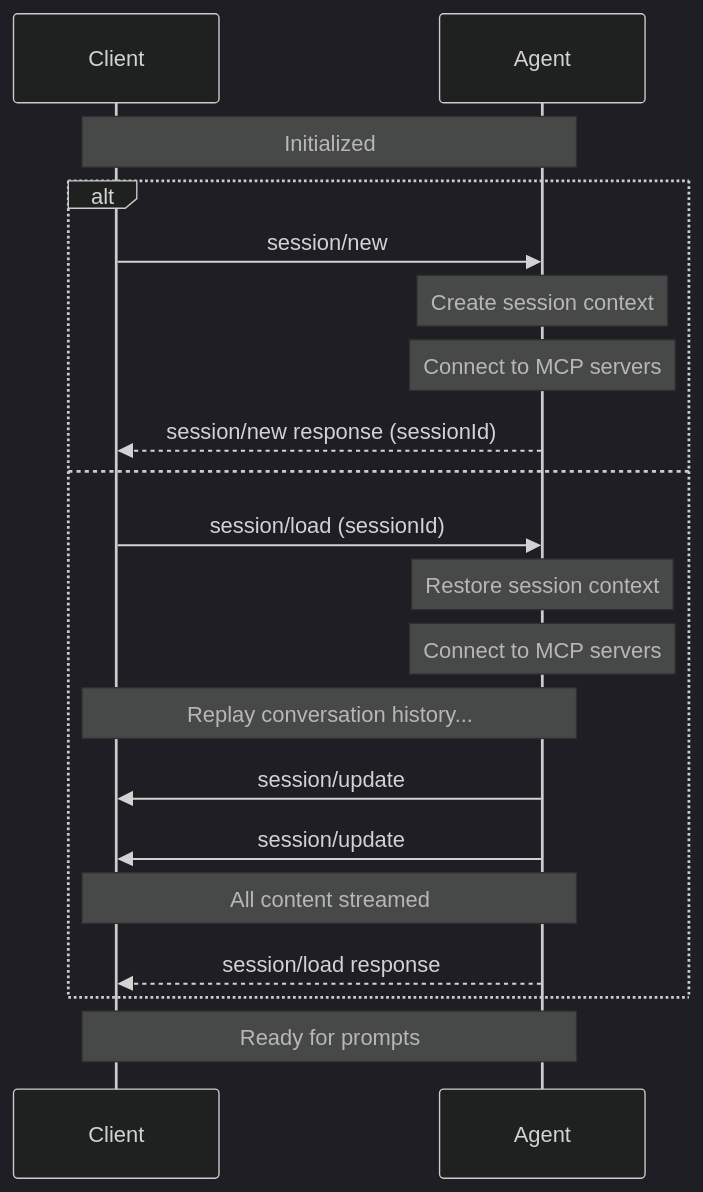
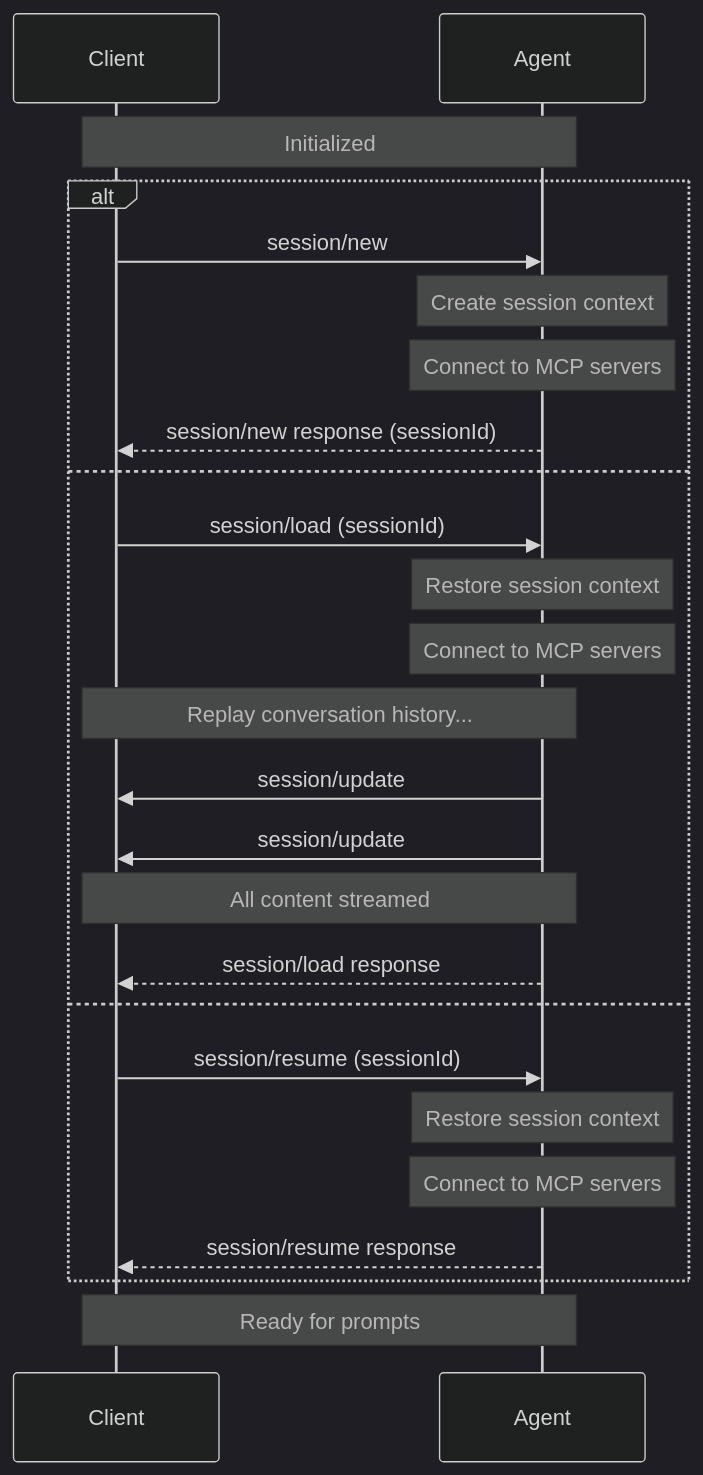
The diagram in docs/protocol/draft/session-setup.mdx (dayanruben/agent-client-protocol), drawn with Mermaid (dark theme) before and after one commit. The commit also changed other lines of this file and 6 other files, not shown here.

First line of the commit message:
docs(rfd): Move session/resume to Preview (#969)

````diff
--- a/docs/protocol/draft/session-setup.mdx
+++ b/docs/protocol/draft/session-setup.mdx
@@ -12,25 +12,30 @@
 ```mermaid
 sequenceDiagram
     participant Client
     participant Agent
 
     Note over Agent,Client: Initialized
 
     alt
         Client->>Agent: session/new
         Note over Agent: Create session context
         Note over Agent: Connect to MCP servers
         Agent-->>Client: session/new response (sessionId)
     else
         Client->>Agent: session/load (sessionId)
         Note over Agent: Restore session context
         Note over Agent: Connect to MCP servers
         Note over Agent,Client: Replay conversation history...
         Agent->>Client: session/update
         Agent->>Client: session/update
         Note over Agent,Client: All content streamed
         Agent-->>Client: session/load response
+    else
+        Client->>Agent: session/resume (sessionId)
+        Note over Agent: Restore session context
+        Note over Agent: Connect to MCP servers
+        Agent-->>Client: session/resume response
     end
 
     Note over Client,Agent: Ready for prompts
 ```
````
